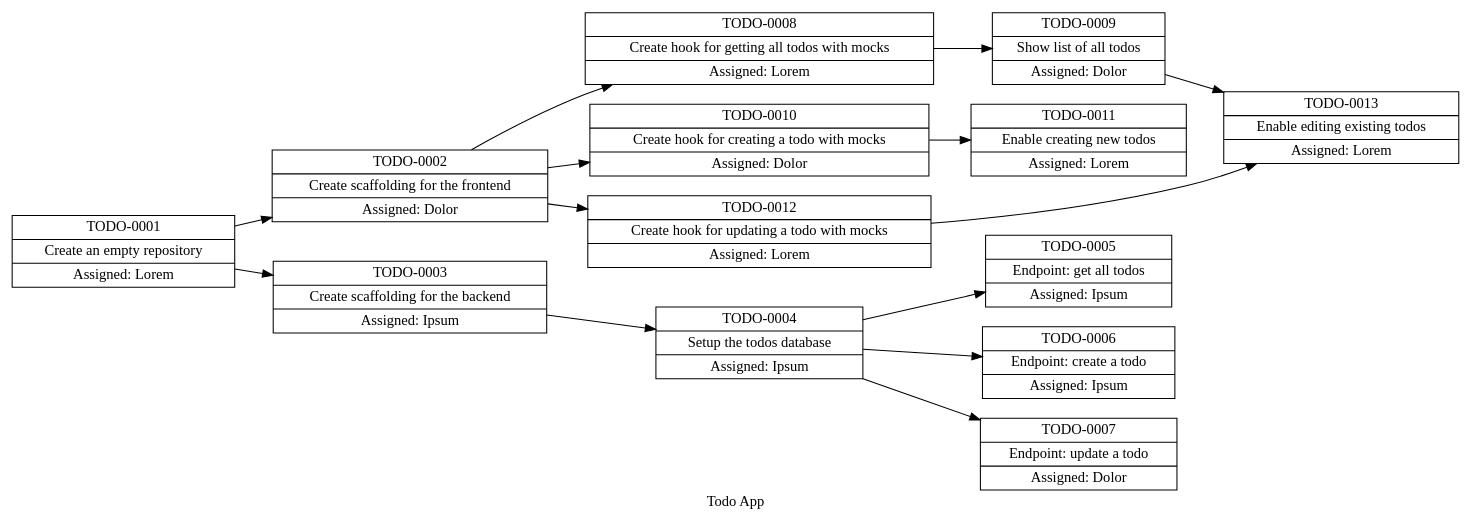
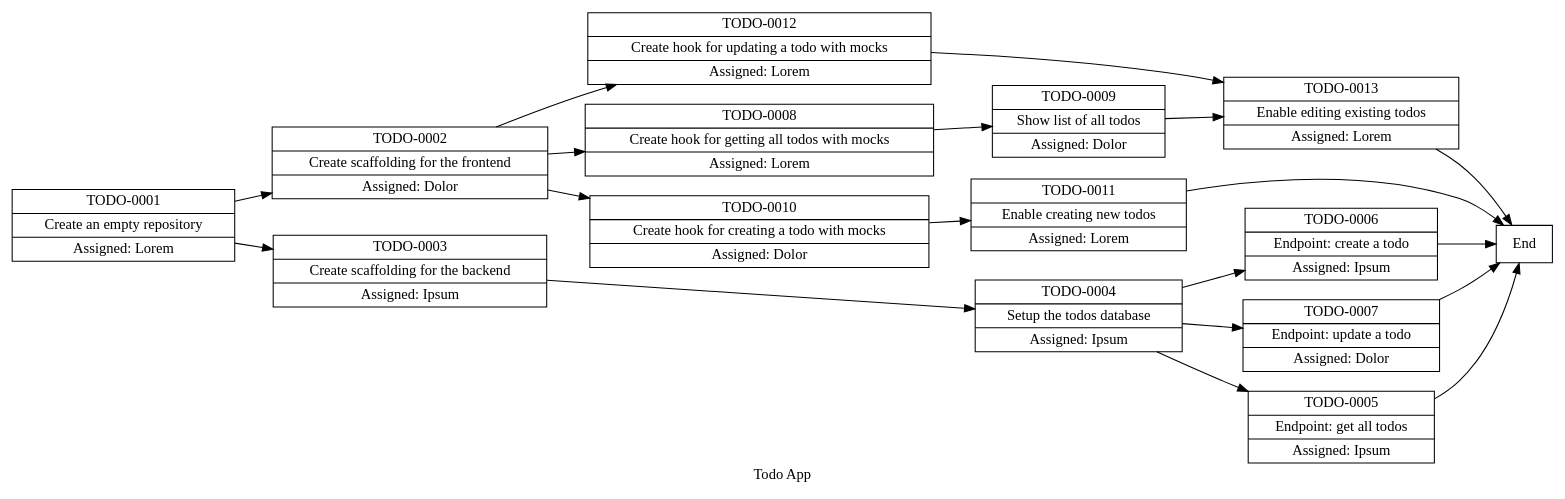
One commit to MCluck90/esti changed the diagram in examples/todo-app.dot. Above: the diagram before and after it, drawn with Graphviz. The commit also changed 2 other files, not shown here.

Commit message:
Add an end node to the Graphviz output

```diff
--- a/examples/todo-app.dot
+++ b/examples/todo-app.dot
@@ -1,32 +1,38 @@
 digraph G {
   rankdir="LR"
   label="Todo App"
 
+  "___END" [label="End", shape="record"]
   "TODO-0001" [label="TODO-0001|Create an empty repository|Assigned: Lorem", shape="record"]
   "TODO-0002" [label="TODO-0002|Create scaffolding for the frontend|Assigned: Dolor", shape="record"]
   "TODO-0003" [label="TODO-0003|Create scaffolding for the backend|Assigned: Ipsum", shape="record"]
   "TODO-0004" [label="TODO-0004|Setup the todos database|Assigned: Ipsum", shape="record"]
   "TODO-0005" [label="TODO-0005|Endpoint: get all todos|Assigned: Ipsum", shape="record"]
   "TODO-0006" [label="TODO-0006|Endpoint: create a todo|Assigned: Ipsum", shape="record"]
   "TODO-0007" [label="TODO-0007|Endpoint: update a todo|Assigned: Dolor", shape="record"]
   "TODO-0008" [label="TODO-0008|Create hook for getting all todos with mocks|Assigned: Lorem", shape="record"]
   "TODO-0009" [label="TODO-0009|Show list of all todos|Assigned: Dolor", shape="record"]
   "TODO-0010" [label="TODO-0010|Create hook for creating a todo with mocks|Assigned: Dolor", shape="record"]
   "TODO-0011" [label="TODO-0011|Enable creating new todos|Assigned: Lorem", shape="record"]
   "TODO-0012" [label="TODO-0012|Create hook for updating a todo with mocks|Assigned: Lorem", shape="record"]
   "TODO-0013" [label="TODO-0013|Enable editing existing todos|Assigned: Lorem", shape="record"]
 
   "TODO-0001" -> "TODO-0002"
   "TODO-0001" -> "TODO-0003"
   "TODO-0002" -> "TODO-0008"
   "TODO-0002" -> "TODO-0010"
   "TODO-0002" -> "TODO-0012"
   "TODO-0003" -> "TODO-0004"
   "TODO-0004" -> "TODO-0005"
   "TODO-0004" -> "TODO-0006"
   "TODO-0004" -> "TODO-0007"
+  "TODO-0005" -> "___END"
+  "TODO-0006" -> "___END"
+  "TODO-0007" -> "___END"
   "TODO-0008" -> "TODO-0009"
   "TODO-0009" -> "TODO-0013"
   "TODO-0010" -> "TODO-0011"
+  "TODO-0011" -> "___END"
   "TODO-0012" -> "TODO-0013"
+  "TODO-0013" -> "___END"
 }
```
